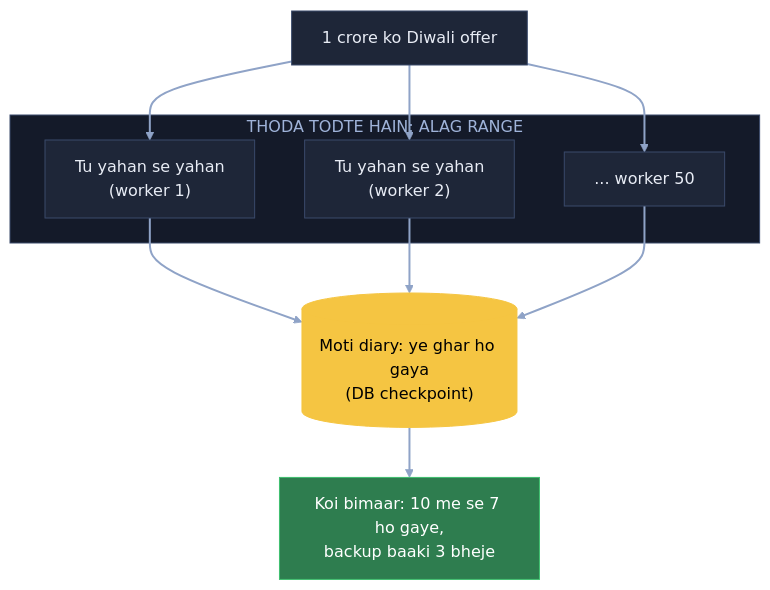
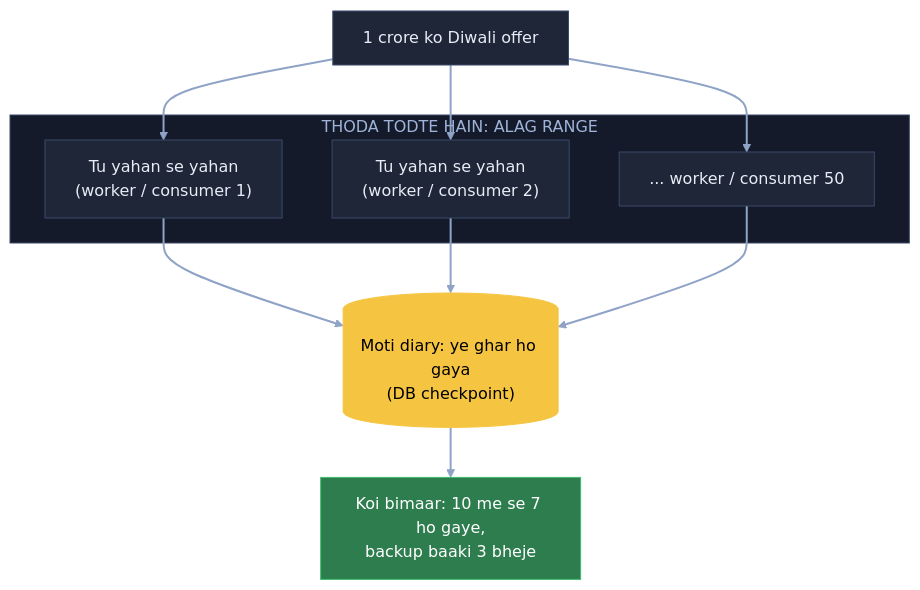
The eighth of 10 diagrams in 04_HLD/SYSTEM_DESIGNS/04_notification_system/04_notification_system.md (ArpanMaheshwari144/Prep), drawn with Mermaid before and after one commit. The commit also changed other lines of this file and 29 other files, not shown here.

Commit message:
HLD: worker -> worker / consumer har jagah (Arpan ke 'Arpan:' shabd chhod ke); Foundations 07 pehla hissa tube + stadium

````diff
--- a/04_HLD/SYSTEM_DESIGNS/04_notification_system/04_notification_system.md
+++ b/04_HLD/SYSTEM_DESIGNS/04_notification_system/04_notification_system.md
@@ -311,24 +311,24 @@
 ```mermaid
 flowchart TB
     O["1 crore ko Diwali offer"]:::card
     subgraph TD["THODA TODTE HAIN: ALAG RANGE"]
-        T1["Tu yahan se yahan<br/>(worker 1)"]:::card
-        T2["Tu yahan se yahan<br/>(worker 2)"]:::card
-        TN["... worker 50"]:::card
+        T1["Tu yahan se yahan<br/>(worker / consumer 1)"]:::card
+        T2["Tu yahan se yahan<br/>(worker / consumer 2)"]:::card
+        TN["... worker / consumer 50"]:::card
     end
     D[("Moti diary: ye ghar ho gaya<br/>(DB checkpoint)")]:::pill
     B["Koi bimaar: 10 me se 7 ho gaye,<br/>backup baaki 3 bheje"]:::good
     O --> T1
     O --> T2
     O --> TN
     T1 --> D
     T2 --> D
     TN --> D
     D --> B
     linkStyle default stroke:#8fa3c7,stroke-width:2px
     classDef card fill:#1e2638,stroke:#3a4a6b,color:#e8ecf5
     classDef pill fill:#f5c542,stroke:#f5c542,color:#000
     classDef good fill:#2e7d4f,stroke:#3fbf6f,color:#fff
     classDef bad fill:#5c1f24,stroke:#e05561,color:#fff
     style TD fill:#141a29,stroke:#3a4a6b,color:#9fb3d9
 ```
````
